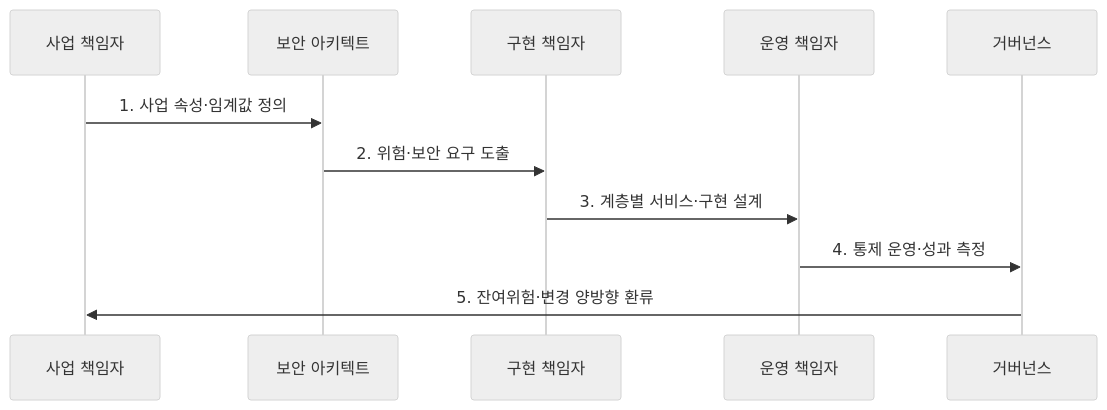
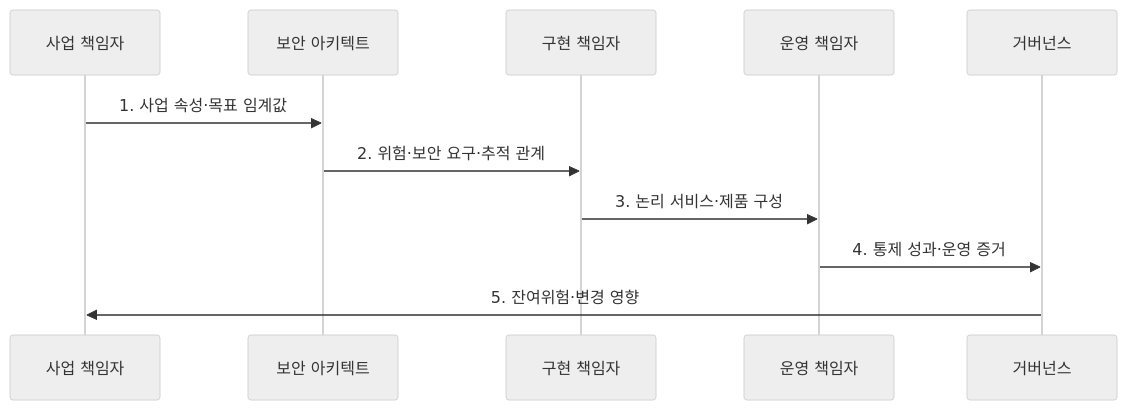
One commit to agnusdei1207/knowledge-base changed the second of 2 diagrams in src/content/docs/notes/05-security/139_sabsa_security_architecture.md. Above: the diagram before and after it, drawn with Mermaid (neutral theme). The commit also changed other lines of this file and 20 other files, not shown here.

````diff
--- a/src/content/docs/notes/05-security/139_sabsa_security_architecture.md
+++ b/src/content/docs/notes/05-security/139_sabsa_security_architecture.md
@@ -83,13 +84,13 @@
 ```mermaid
 sequenceDiagram
   participant B as 사업 책임자
   participant A as 보안 아키텍트
   participant I as 구현 책임자
   participant O as 운영 책임자
   participant G as 거버넌스
-  B->>A: 1. 사업 속성·임계값 정의
-  A->>I: 2. 위험·보안 요구 도출
-  I->>O: 3. 계층별 서비스·구현 설계
-  O->>G: 4. 통제 운영·성과 측정
-  G->>B: 5. 잔여위험·변경 양방향 환류
+  B->>A: 1. 사업 속성·목표 임계값
+  A->>I: 2. 위험·보안 요구·추적 관계
+  I->>O: 3. 논리 서비스·제품 구성
+  O->>G: 4. 통제 성과·운영 증거
+  G->>B: 5. 잔여위험·변경 영향
 ```
````
